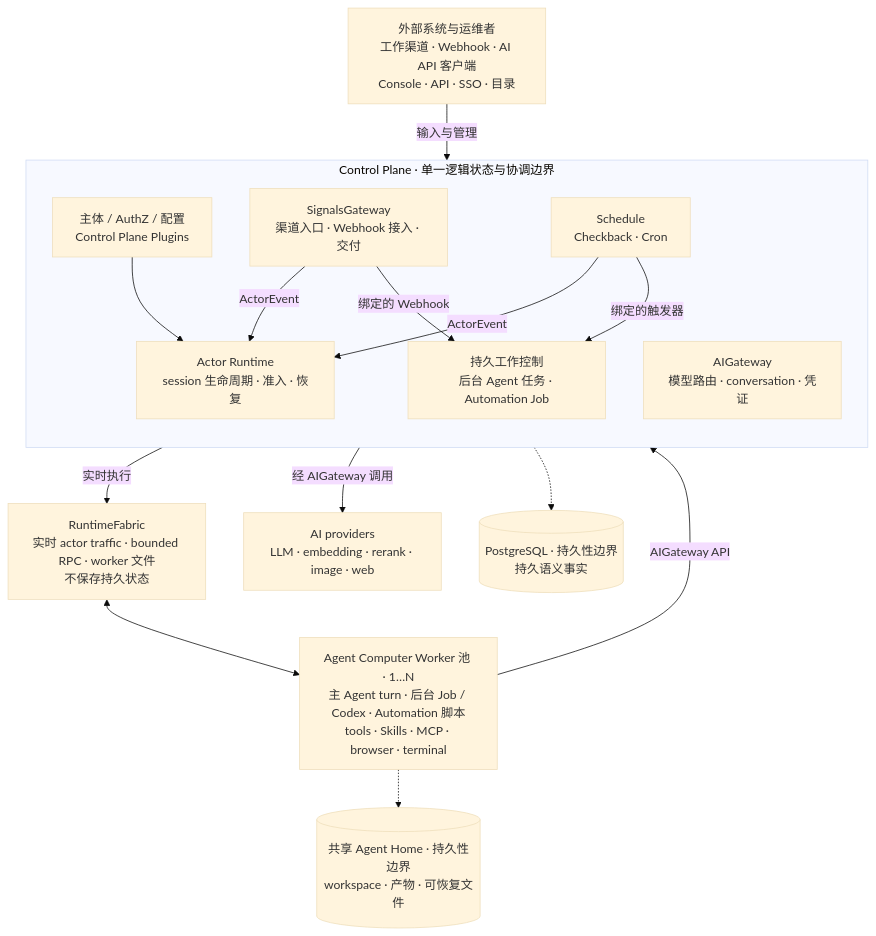
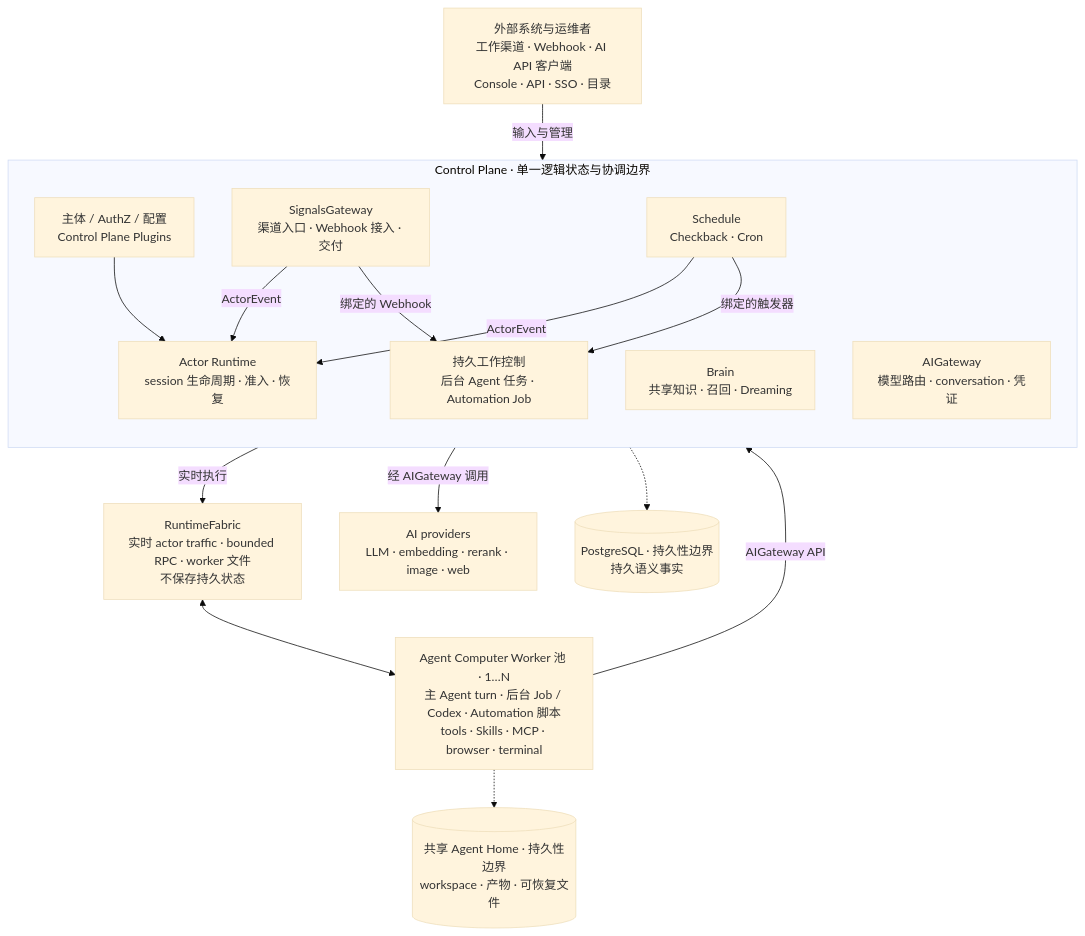
The diagram in README.zh-Hans.md (AgentBull/ankole), drawn with Mermaid (base theme) before and after one commit. The commit also changed other lines of this file and 261 other files, not shown here.

````diff
--- a/README.zh-Hans.md
+++ b/README.zh-Hans.md
@@ -78,34 +84,35 @@
 ```mermaid
 flowchart TB
   External["外部系统与运维者<br/>工作渠道 · Webhook · AI API 客户端<br/>Console · API · SSO · 目录"]
 
   subgraph Control["Control Plane · 单一逻辑状态与协调边界"]
     direction TB
     Platform["主体 / AuthZ / 配置<br/>Control Plane Plugins"]
     SG["SignalsGateway<br/>渠道入口 · Webhook 接入 · 交付"]
     Schedule["Schedule<br/>Checkback · Cron"]
     Runtime["Actor Runtime<br/>session 生命周期 · 准入 · 恢复"]
     Jobs["持久工作控制<br/>后台 Agent 任务 · Automation Job"]
+    Brain["Brain<br/>共享知识 · 召回 · Dreaming"]
     AI["AIGateway<br/>模型路由 · conversation · 凭证"]
   end
 
   Fabric["RuntimeFabric<br/>实时 actor traffic · bounded RPC · worker 文件<br/>不保存持久状态"]
   Workers["Agent Computer Worker 池 · 1…N<br/>主 Agent turn · 后台 Job / Codex · Automation 脚本<br/>tools · Skills · MCP · browser · terminal"]
   Providers["AI providers<br/>LLM · embedding · rerank · image · web"]
 
   PG[("PostgreSQL · 持久性边界<br/>持久语义事实")]
   Home[("共享 Agent Home · 持久性边界<br/>workspace · 产物 · 可恢复文件")]
 
   External -->|"输入与管理"| Control
   SG -->|"ActorEvent"| Runtime
   Schedule -->|"ActorEvent"| Runtime
   SG -->|"绑定的 Webhook"| Jobs
   Schedule -->|"绑定的触发器"| Jobs
   Platform --> Runtime
   Control -->|"实时执行"| Fabric
   Fabric <--> Workers
   Workers -->|"AIGateway API"| Control
   Control -->|"经 AIGateway 调用"| Providers
   Control -.-> PG
   Workers -.-> Home
 ```
````
